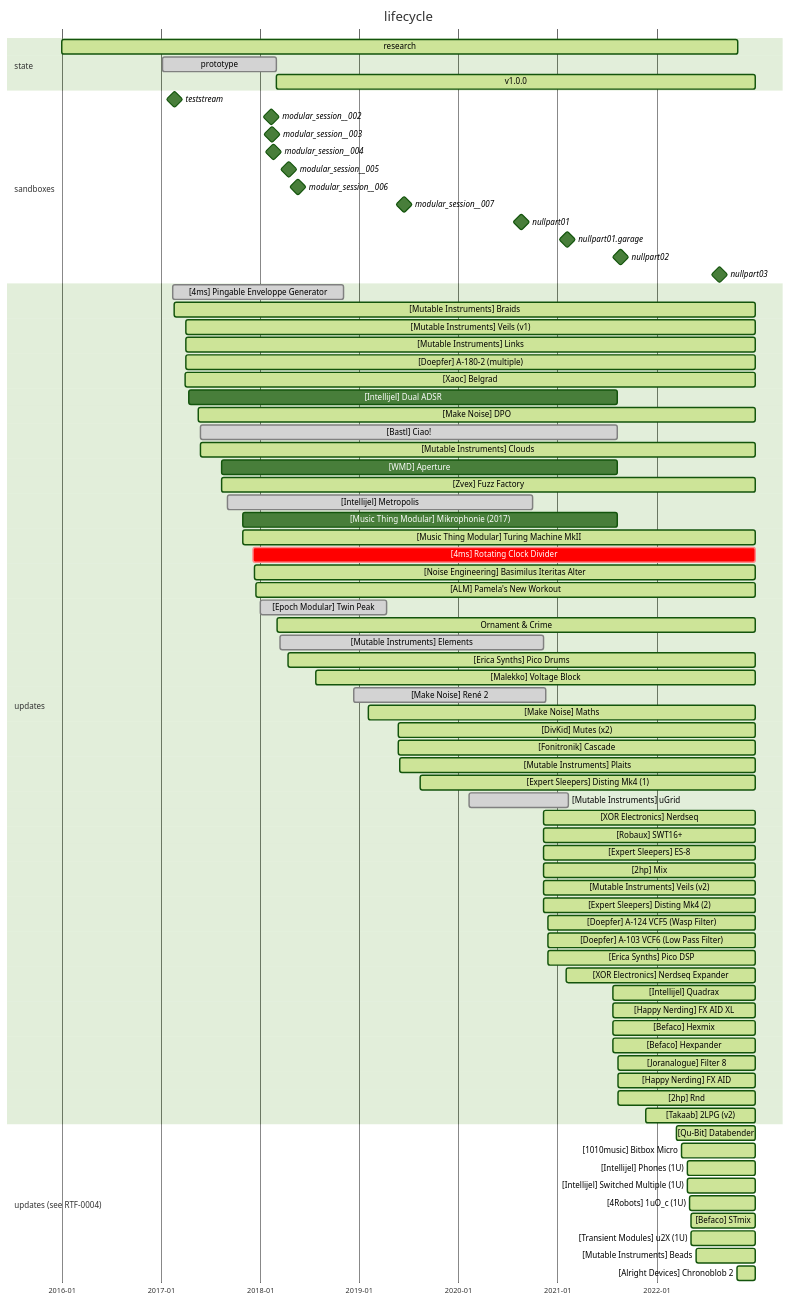
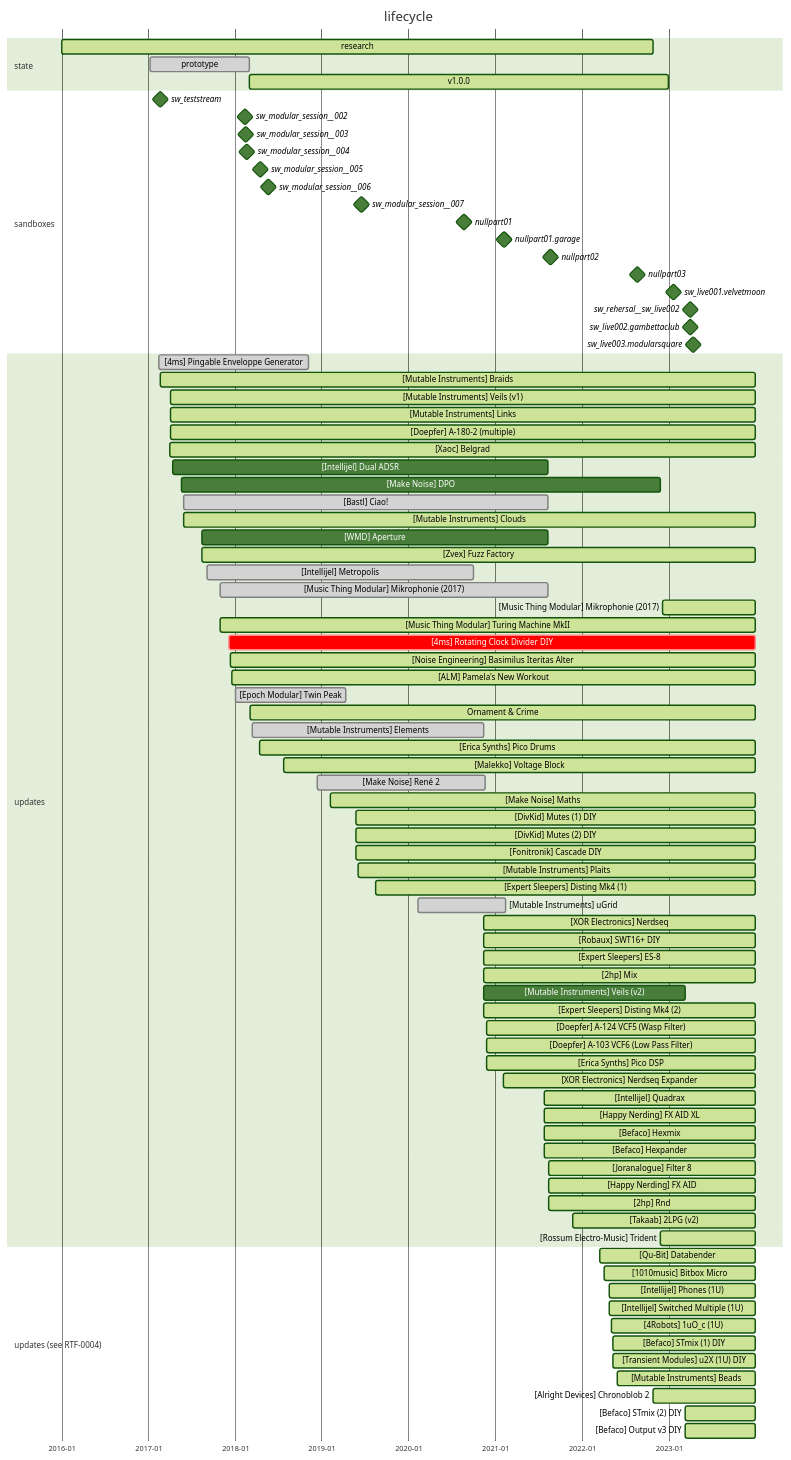
The diagram in ARTIFACTS/RTF-0002.blackcase.md (bill-of-materials/data), drawn with Mermaid (forest theme) before and after one commit. The commit also changed 1 other file, not shown here.

Commit message:
feat(RTF-0002): update case status

````diff
--- a/ARTIFACTS/RTF-0002.blackcase.md
+++ b/ARTIFACTS/RTF-0002.blackcase.md
@@ -14,76 +14,85 @@
   v1.0.0                :active,    2018-03-01, 2022-12-31
 
   section sandboxes
-  teststream            :milestone, 2017-02-19, 1d
-  modular_session__002  :milestone, 2018-02-11, 1d
-  modular_session__003  :milestone, 2018-02-13, 1d
-  modular_session__004  :milestone, 2018-02-18, 1d
-  modular_session__005  :milestone, 2018-04-16, 1d
-  modular_session__006  :milestone, 2018-05-20, 1d
-  modular_session__007  :milestone, 2019-06-16, 1d
-  nullpart01            :milestone, 2020-08-14, 2020-08-28
-  nullpart01.garage     :milestone, 2021-02-06, 2021-02-07
-  nullpart02            :milestone, 2021-08-14, 2021-08-28
-  nullpart03            :milestone, 2022-08-14, 2022-08-28
+  sw_teststream                :milestone, 2017-02-19, 1d
+  sw_modular_session__002      :milestone, 2018-02-11, 1d
+  sw_modular_session__003      :milestone, 2018-02-13, 1d
+  sw_modular_session__004      :milestone, 2018-02-18, 1d
+  sw_modular_session__005      :milestone, 2018-04-16, 1d
+  sw_modular_session__006      :milestone, 2018-05-20, 1d
+  sw_modular_session__007      :milestone, 2019-06-16, 1d
+  nullpart01                   :milestone, 2020-08-14, 2020-08-28
+  nullpart01.garage            :milestone, 2021-02-06, 2021-02-07
+  nullpart02                   :milestone, 2021-08-14, 2021-08-28
+  nullpart03                   :milestone, 2022-08-14, 2022-08-28
+  sw_live001.velvetmoon        :milestone, 2023-01-21, 1d
+  sw_rehersal__sw_live002      :milestone, 2023-03-31, 1d
+  sw_live002.gambettaclub      :milestone, 2023-03-31, 1d
+  sw_live003.modularsquare     :milestone, 2023-04-13, 1d
 
   section updates
   [4ms] Pingable Enveloppe Generator            :done,      2017-02-14, 2018-11-04
-  [Mutable Instruments] Braids                  :active,    2017-02-18, 2022-12-31
-  [Mutable Instruments] Veils (v1)              :active,    2017-04-03, 2022-12-31
-  [Mutable Instruments] Links                   :active,    2017-04-03, 2022-12-31
-  [Doepfer] A-180-2 (multiple)                  :active,    2017-04-03, 2022-12-31
-  [Xaoc] Belgrad                                :active,    2017-04-01, 2022-12-31
+  [Mutable Instruments] Braids                  :active,    2017-02-18, 2023-12-31
+  [Mutable Instruments] Veils (v1)              :active,    2017-04-03, 2023-12-31
+  [Mutable Instruments] Links                   :active,    2017-04-03, 2023-12-31
+  [Doepfer] A-180-2 (multiple)                  :active,    2017-04-03, 2023-12-31
+  [Xaoc] Belgrad                                :active,    2017-04-01, 2023-12-31
   [Intellijel] Dual ADSR                        : ,         2017-04-12, 2021-08-10
-  [Make Noise] DPO                              :active,    2017-05-18, 2022-12-31
+  [Make Noise] DPO                              : ,         2017-05-18, 2022-11-26
   [Bastl] Ciao!                                 :done,      2017-05-27, 2021-08-10
-  [Mutable Instruments] Clouds                  :active,    2017-05-27, 2022-12-31
+  [Mutable Instruments] Clouds                  :active,    2017-05-27, 2023-12-31
   [WMD] Aperture                                : ,         2017-08-12, 2021-08-10
-  [Zvex] Fuzz Factory                           :active,    2017-08-12, 2022-12-31
+  [Zvex] Fuzz Factory                           :active,    2017-08-12, 2023-12-31
   [Intellijel] Metropolis                       :done,      2017-09-04, 2020-10-01
-  [Music Thing Modular] Mikrophonie (2017)      : ,         2017-10-29, 2021-08-10
-  [Music Thing Modular] Turing Machine MkII     :active,    2017-10-29, 2022-12-31
-  [4ms] Rotating Clock Divider                  :crit,      2017-12-05, 2022-12-31
-  [Noise Engineering] Basimilus Iteritas Alter  :active,    2017-12-10, 2022-12-31
-  [ALM] Pamela's New Workout                    :active,    2017-12-16, 2022-12-31
+  [Music Thing Modular] Mikrophonie (2017)      :done,      2017-10-29, 2021-08-10
+  [Music Thing Modular] Mikrophonie (2017)      :active,    2022-12-05, 2023-12-31
+  [Music Thing Modular] Turing Machine MkII     :active,    2017-10-29, 2023-12-31
+  [4ms] Rotating Clock Divider DIY              :crit,      2017-12-05, 2023-12-31
+  [Noise Engineering] Basimilus Iteritas Alter  :active,    2017-12-10, 2023-12-31
+  [ALM] Pamela's New Workout                    :active,    2017-12-16, 2023-12-31
   [Epoch Modular] Twin Peak                     :done,      2018-01-02, 2019-04-11
-  Ornament & Crime                              :active,    2018-03-04, 2022-12-31
+  Ornament & Crime                              :active,    2018-03-04, 2023-12-31
   [Mutable Instruments] Elements                :done,      2018-03-15, 2020-11-11
-  [Erica Synths] Pico Drums                     :active,    2018-04-13, 2022-12-31
-  [Malekko] Voltage Block                       :active,    2018-07-24, 2022-12-31
+  [Erica Synths] Pico Drums                     :active,    2018-04-13, 2023-12-31
+  [Malekko] Voltage Block                       :active,    2018-07-24, 2023-12-31
   [Make Noise] René 2                           :done,      2018-12-12, 2020-11-18
-  [Make Noise] Maths                            :active,    2019-02-05, 2022-12-31
-  [DivKid] Mutes (x2)                           :active,    2019-05-24, 2022-12-31
-  [Fonitronik] Cascade                          :active,    2019-05-24, 2022-12-31
-  [Mutable Instruments] Plaits                  :active,    2019-06-01, 2022-12-31
-  [Expert Sleepers] Disting Mk4 (1)             :active,    2019-08-15, 2022-12-31
+  [Make Noise] Maths                            :active,    2019-02-05, 2023-12-31
+  [DivKid] Mutes (1) DIY                        :active,    2019-05-24, 2023-12-31
+  [DivKid] Mutes (2) DIY                        :active,    2019-05-24, 2023-12-31
+  [Fonitronik] Cascade DIY                      :active,    2019-05-24, 2023-12-31
+  [Mutable Instruments] Plaits                  :active,    2019-06-01, 2023-12-31
+  [Expert Sleepers] Disting Mk4 (1)             :active,    2019-08-15, 2023-12-31
   [Mutable Instruments] uGrid                   :done,      2020-02-10, 2021-02-11
-  [XOR Electronics] Nerdseq                     :active,    2020-11-11, 2022-12-31
-  [Robaux] SWT16+                               :active,    2020-11-11, 2022-12-31
-  [Expert Sleepers] ES-8                        :active,    2020-11-11, 2022-12-31
-  [2hp] Mix                                     :active,    2020-11-11, 2022-12-31
-  [Mutable Instruments] Veils (v2)              :active,    2020-11-11, 2022-12-31
-  [Expert Sleepers] Disting Mk4 (2)             :active,    2020-11-11, 2022-12-31
-  [Doepfer] A-124 VCF5 (Wasp Filter)            :active,    2020-11-26, 2022-12-31
-  [Doepfer] A-103 VCF6 (Low Pass Filter)        :active,    2020-11-26, 2022-12-31
-  [Erica Synths] Pico DSP                       :active,    2020-11-26, 2022-12-31
-  [XOR Electronics] Nerdseq Expander            :active,    2021-02-03, 2022-12-31
-  [Intellijel] Quadrax                          :active,    2021-07-24, 2022-12-31
-  [Happy Nerding] FX AID XL                     :active,    2021-07-24, 2022-12-31
-  [Befaco] Hexmix                               :active,    2021-07-24, 2022-12-31
-  [Befaco] Hexpander                            :active,    2021-07-24, 2022-12-31
-  [Joranalogue] Filter 8                        :active,    2021-08-12, 2022-12-31
-  [Happy Nerding] FX AID                        :active,    2021-08-12, 2022-12-31
-  [2hp] Rnd                                     :active,    2021-08-12, 2022-12-31
-  [Takaab] 2LPG (v2)                            :active,    2021-11-22, 2022-12-31
+  [XOR Electronics] Nerdseq                     :active,    2020-11-11, 2023-12-31
+  [Robaux] SWT16+ DIY                           :active,    2020-11-11, 2023-12-31
+  [Expert Sleepers] ES-8                        :active,    2020-11-11, 2023-12-31
+  [2hp] Mix                                     :active,    2020-11-11, 2023-12-31
+  [Mutable Instruments] Veils (v2)              : ,         2020-11-11, 2023-03-11
+  [Expert Sleepers] Disting Mk4 (2)             :active,    2020-11-11, 2023-12-31
+  [Doepfer] A-124 VCF5 (Wasp Filter)            :active,    2020-11-26, 2023-12-31
+  [Doepfer] A-103 VCF6 (Low Pass Filter)        :active,    2020-11-26, 2023-12-31
+  [Erica Synths] Pico DSP                       :active,    2020-11-26, 2023-12-31
+  [XOR Electronics] Nerdseq Expander            :active,    2021-02-03, 2023-12-31
+  [Intellijel] Quadrax                          :active,    2021-07-24, 2023-12-31
+  [Happy Nerding] FX AID XL                     :active,    2021-07-24, 2023-12-31
+  [Befaco] Hexmix                               :active,    2021-07-24, 2023-12-31
+  [Befaco] Hexpander                            :active,    2021-07-24, 2023-12-31
+  [Joranalogue] Filter 8                        :active,    2021-08-12, 2023-12-31
+  [Happy Nerding] FX AID                        :active,    2021-08-12, 2023-12-31
+  [2hp] Rnd                                     :active,    2021-08-12, 2023-12-31
+  [Takaab] 2LPG (v2)                            :active,    2021-11-22, 2023-12-31
+  [Rossum Electro-Music] Trident                :active,    2022-11-26, 2023-12-31
 
   section updates (see RTF-0004)
-  [Qu-Bit] Databender                           :active,    2022-03-16, 2022-12-31
-  [1010music] Bitbox Micro                      :active,    2022-04-02, 2022-12-31
-  [Intellijel] Phones (1U)                      :active,    2022-04-25, 2022-12-31
-  [Intellijel] Switched Multiple (1U)           :active,    2022-04-25, 2022-12-31
-  [4Robots] 1uO_c (1U)                          :active,    2022-05-03, 2022-12-31
-  [Befaco] STmix                                :active,    2022-05-09, 2022-12-31
-  [Transient Modules] u2X (1U)                  :active,    2022-05-09, 2022-12-31
-  [Mutable Instruments] Beads                   :active,    2022-05-28, 2022-12-31
-  [Alright Devices] Chronoblob 2                :active,    2022-10-26, 2022-12-31
+  [Qu-Bit] Databender                           :active,    2022-03-16, 2023-12-31
+  [1010music] Bitbox Micro                      :active,    2022-04-02, 2023-12-31
+  [Intellijel] Phones (1U)                      :active,    2022-04-25, 2023-12-31
+  [Intellijel] Switched Multiple (1U)           :active,    2022-04-25, 2023-12-31
+  [4Robots] 1uO_c (1U)                          :active,    2022-05-03, 2023-12-31
+  [Befaco] STmix (1) DIY                        :active,    2022-05-09, 2023-12-31
+  [Transient Modules] u2X (1U) DIY              :active,    2022-05-09, 2023-12-31
+  [Mutable Instruments] Beads                   :active,    2022-05-28, 2023-12-31
+  [Alright Devices] Chronoblob 2                :active,    2022-10-26, 2023-12-31
+  [Befaco] STmix (2) DIY                        :active,    2023-03-11, 2023-12-31
+  [Befaco] Output v3 DIY                        :active,    2023-03-11, 2023-12-31
 ```
````
